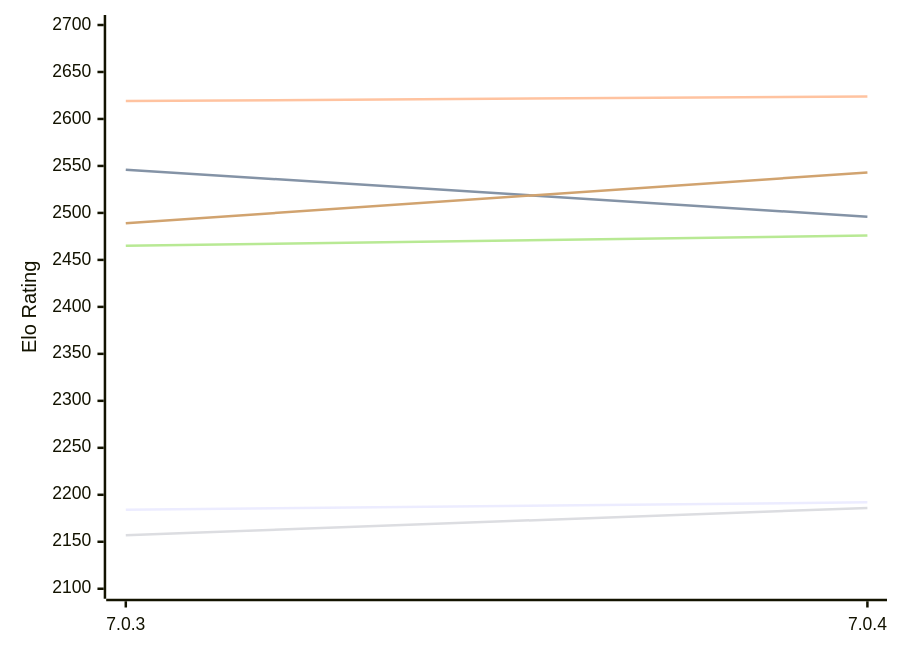
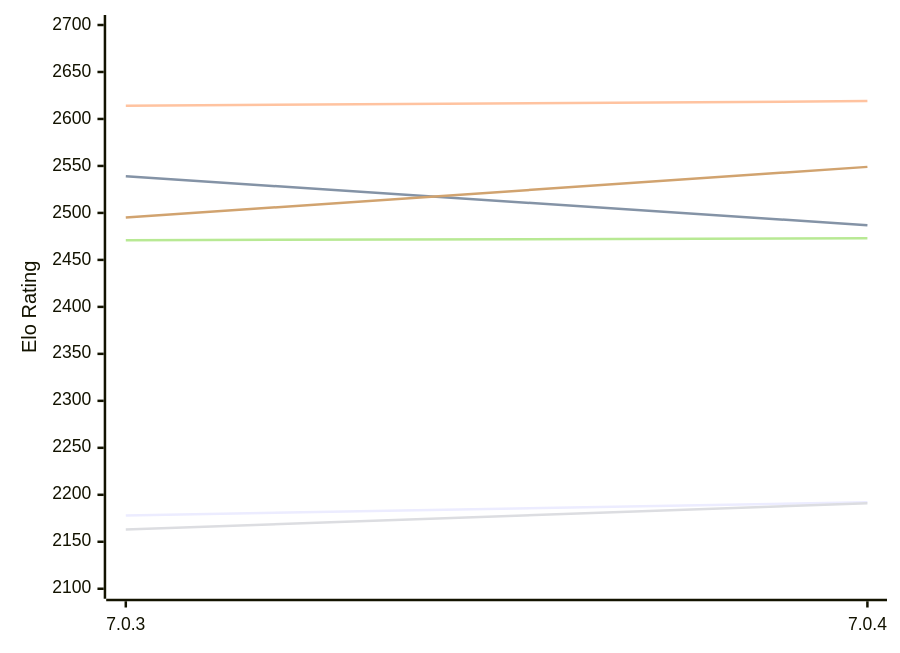
One commit to computer-chess-index/cci changed the diagram in engines/Buster.md. Above: the diagram before and after it, drawn with Mermaid. The commit also changed other lines of this file, not shown here.

Commit message:
Update CCI Ratings (ELO VLTC) - 2026-11-18

````diff
--- a/engines/Buster.md
+++ b/engines/Buster.md
@@ -49,12 +49,12 @@
 ```mermaid
 %%{init: {"theme":"base","themeVariables":{"seriesColors:['#a3a3a3','#222221','#faa371']}}}%%
 xychart-beta
   x-axis ["7.0.3", "7.0.4"]
   y-axis "Elo Rating" 2100 --> 2700
-  line "E1: STC (8.0+0.08s)" [2184, 2192]
-  line "E1: LTC (60.0+0.60s)" [2546, 2496]
-  line "E1: VLTC (2m24s+1.12s)" [2619, 2624]
-  line "P1: STC (8.0+0.08s)" [2157, 2186]
-  line "P1: LTC (60.0+0.60s)" [2465, 2476]
-  line "P1: VLTC (2m24s+1.12s)" [2489, 2543]
+  line "E1: STC (8.0+0.08s)" [2178, 2192]
+  line "E1: LTC (60.0+0.60s)" [2539, 2487]
+  line "E1: VLTC (2m24s+1.12s)" [2614, 2619]
+  line "P1: STC (8.0+0.08s)" [2163, 2191]
+  line "P1: LTC (60.0+0.60s)" [2471, 2473]
+  line "P1: VLTC (2m24s+1.12s)" [2495, 2549]
 ```
````
